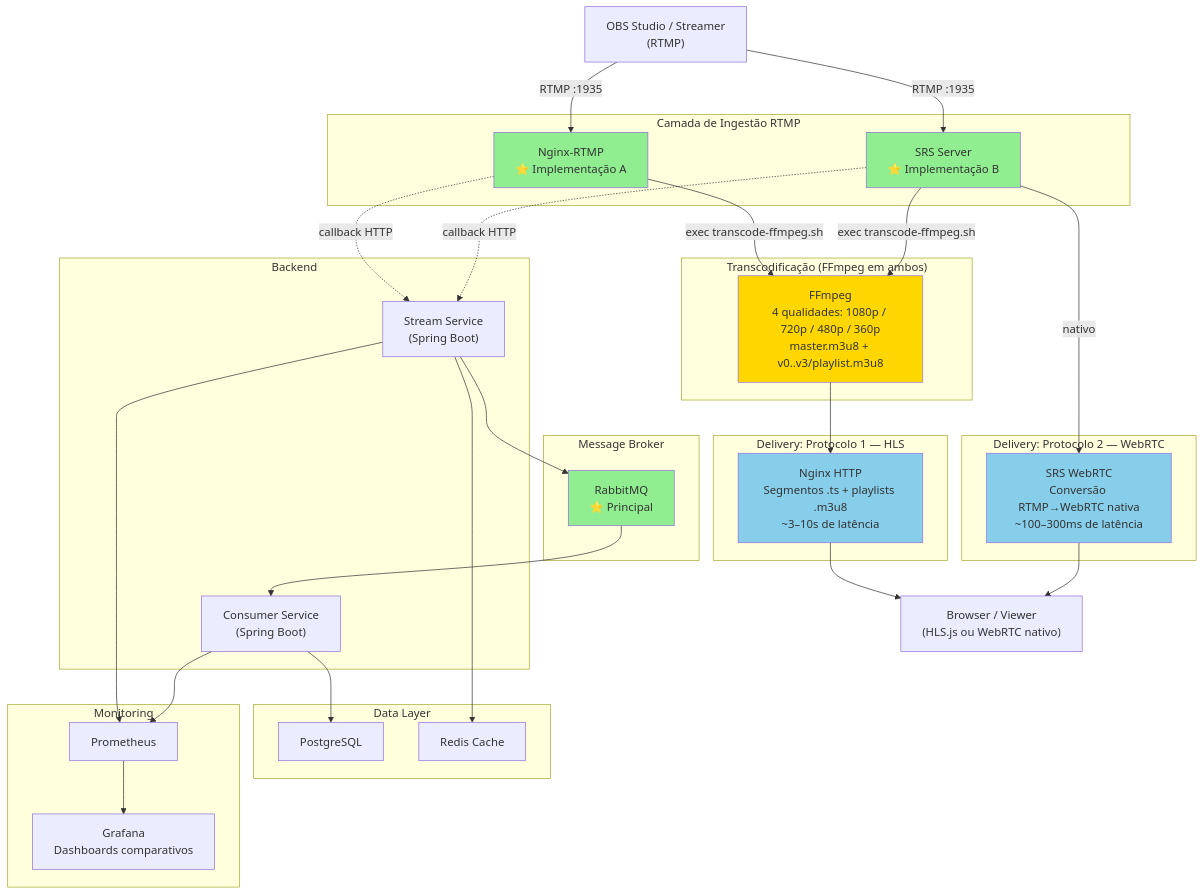
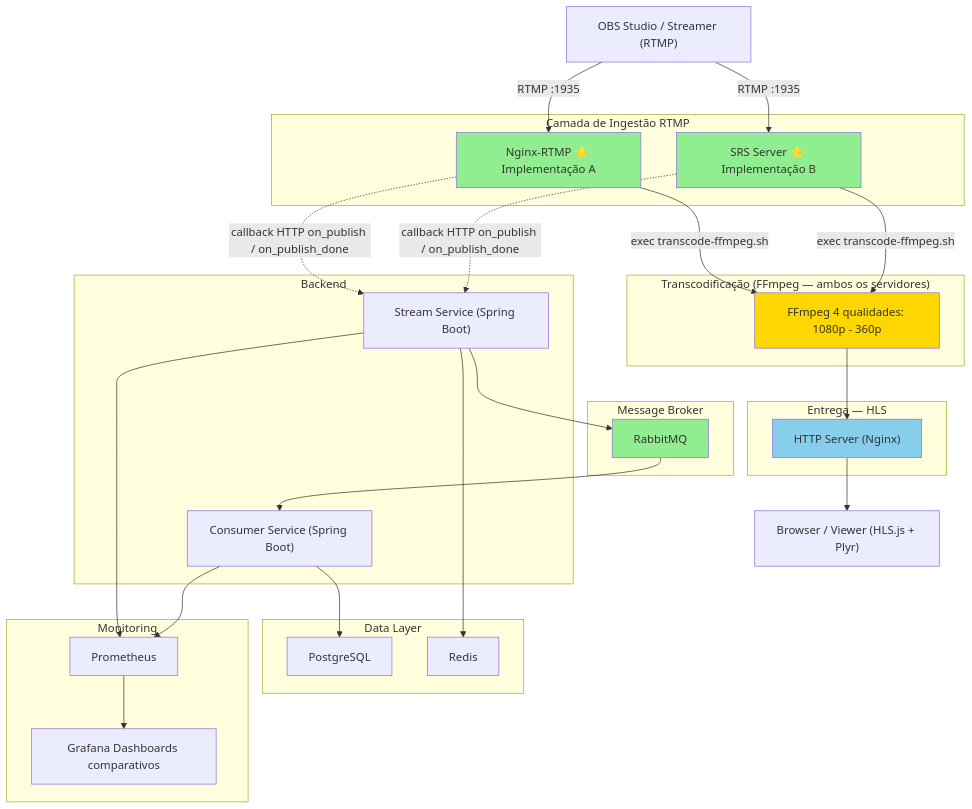
The diagram in docs/diagrams/02-arquitetura-alternativas.mermaid (valter-junnior/tcc-streaming-platform), drawn with Mermaid before and after one commit. The commit also changed 3 other files, not shown here.

Commit message:
feat: remover documentação obsoleta e atualizar diagramas da arquitetura da plataforma de streaming

```diff
--- a/docs/diagrams/02-arquitetura-alternativas.mermaid
+++ b/docs/diagrams/02-arquitetura-alternativas.mermaid
@@ -1,65 +1,58 @@
 flowchart TB
-    OBS["OBS Studio / Streamer\n(RTMP)"]
+    OBS["OBS Studio / Streamer (RTMP)"]
 
     subgraph Ingestion["Camada de Ingestão RTMP"]
-        NGX["Nginx-RTMP\n⭐ Implementação A"]
-        SRS["SRS Server\n⭐ Implementação B"]
+        NGX["Nginx-RTMP ⭐ Implementação A"]
+        SRS["SRS Server ⭐ Implementação B"]
     end
 
-    subgraph Transcoding["Transcodificação (FFmpeg em ambos)"]
-        FFmpeg["FFmpeg\n4 qualidades: 1080p / 720p / 480p / 360p\nmaster.m3u8 + v0..v3/playlist.m3u8"]
+    subgraph Transcoding["Transcodificação (FFmpeg — ambos os servidores)"]
+        FFmpeg["FFmpeg 4 qualidades: 1080p - 360p"]
     end
 
-    subgraph HLSDelivery["Delivery: Protocolo 1 — HLS"]
-        HLS["Nginx HTTP\nSegmentos .ts + playlists .m3u8\n~3–10s de latência"]
-    end
-
-    subgraph WebRTCDelivery["Delivery: Protocolo 2 — WebRTC"]
-        WRT["SRS WebRTC\nConversão RTMP→WebRTC nativa\n~100–300ms de latência"]
+    subgraph HLSDelivery["Entrega — HLS"]
+        HLS["HTTP Server (Nginx)"]
     end
 
     subgraph Broker["Message Broker"]
-        MB2["RabbitMQ\n⭐ Principal"]
+        MB["RabbitMQ"]
     end
 
     subgraph Backend["Backend"]
-        API["Stream Service\n(Spring Boot)"]
-        Consumer["Consumer Service\n(Spring Boot)"]
+        API["Stream Service (Spring Boot)"]
+        Consumer["Consumer Service (Spring Boot)"]
     end
 
     subgraph Data["Data Layer"]
         DB["PostgreSQL"]
-        Cache["Redis Cache"]
+        Cache["Redis"]
     end
 
     subgraph Monitoring["Monitoring"]
         Prom["Prometheus"]
-        Graf["Grafana\nDashboards comparativos"]
+        Graf["Grafana Dashboards comparativos"]
     end
 
-    Browser["Browser / Viewer\n(HLS.js ou WebRTC nativo)"]
+    Browser["Browser / Viewer (HLS.js + Plyr)"]
 
     OBS -->|RTMP :1935| NGX
     OBS -->|RTMP :1935| SRS
     NGX -->|exec transcode-ffmpeg.sh| FFmpeg
     SRS -->|exec transcode-ffmpeg.sh| FFmpeg
     FFmpeg --> HLS
-    SRS -->|nativo| WRT
     HLS --> Browser
-    WRT --> Browser
 
-    NGX & SRS -.->|callback HTTP| API
-    API --> MB2
-    MB2 --> Consumer
+    NGX & SRS -.->|callback HTTP on_publish / on_publish_done| API
+    API --> MB
+    MB --> Consumer
     Consumer --> DB
     API --> Cache
 
     API & Consumer --> Prom
     Prom --> Graf
 
     style NGX fill:#90EE90
     style SRS fill:#90EE90
     style FFmpeg fill:#FFD700
     style HLS fill:#87CEEB
-    style WRT fill:#87CEEB
-    style MB2 fill:#90EE90
+    style MB fill:#90EE90
```
